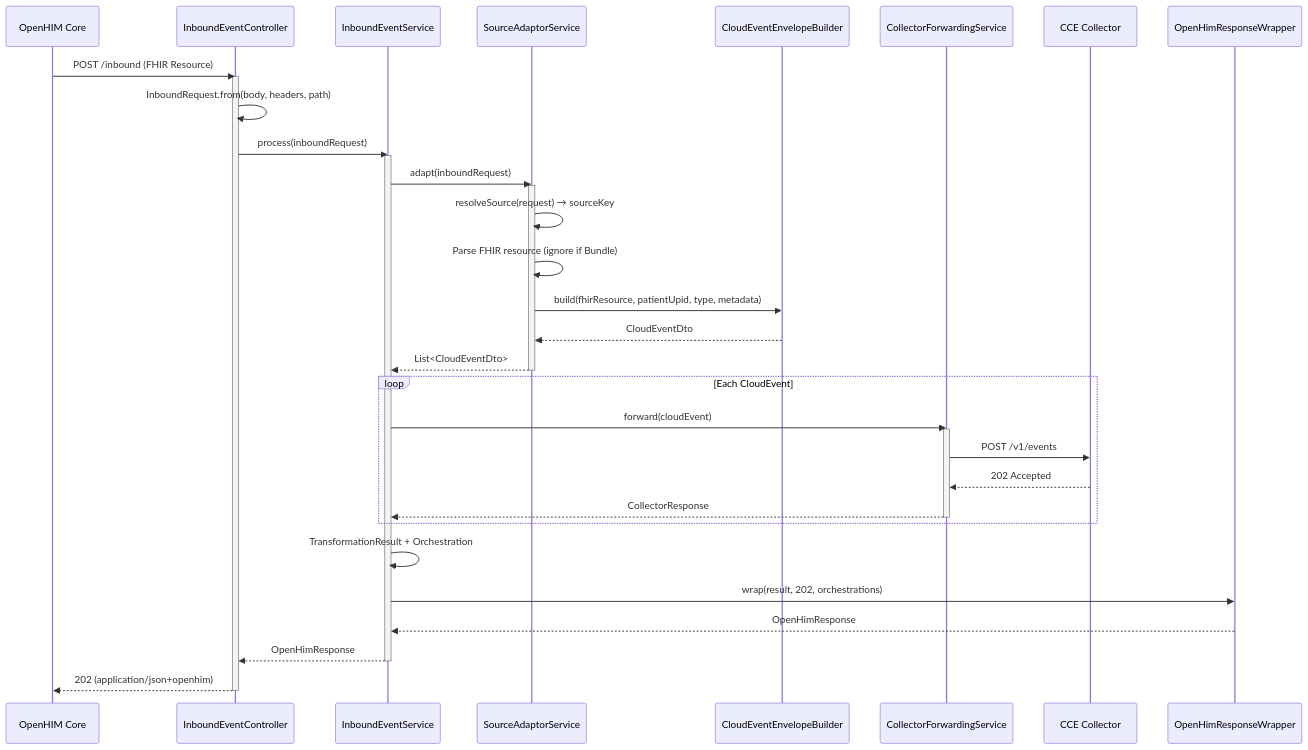
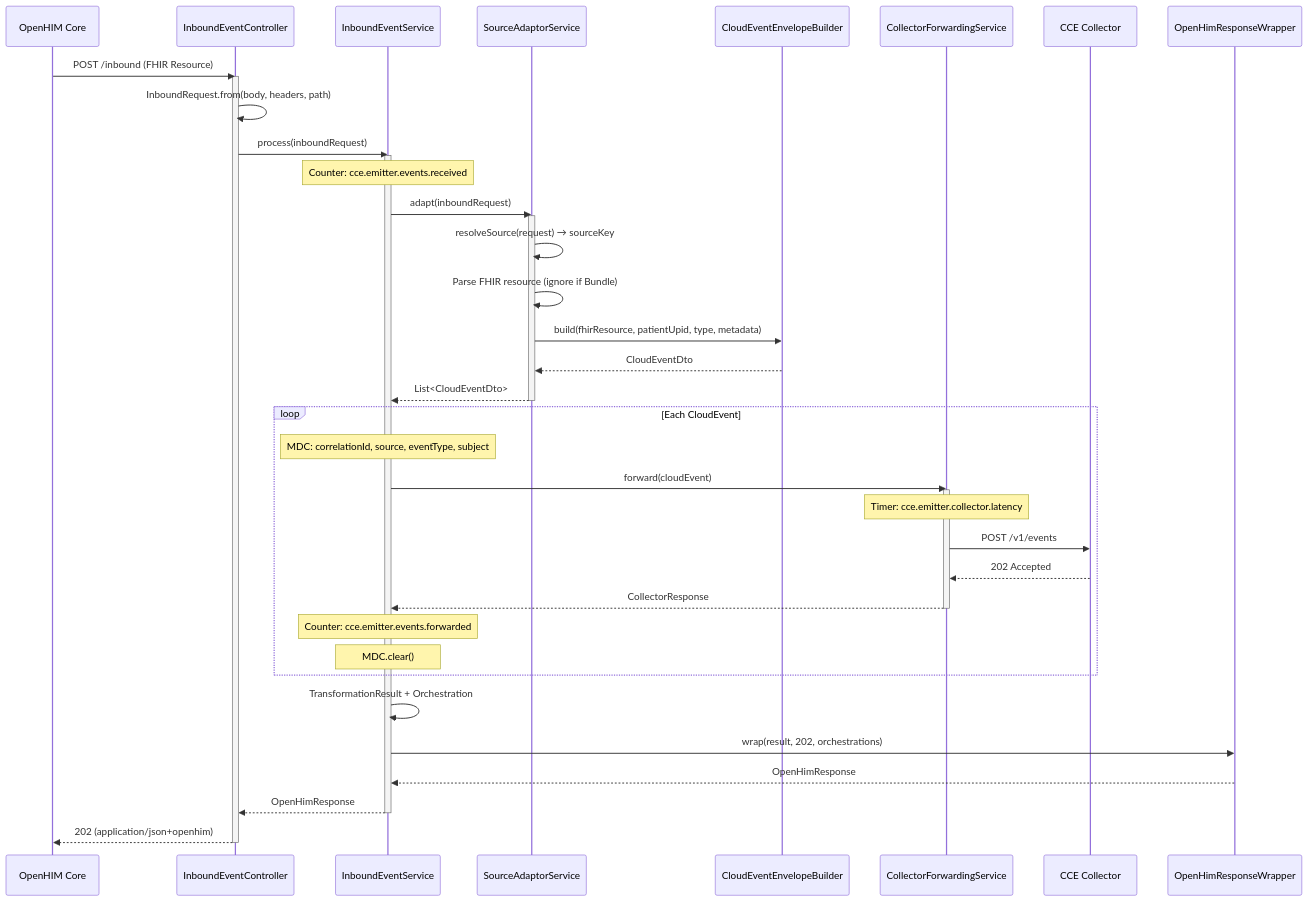
Before and after one commit to Jayaprakash8887/openhim-cce-emitter-adaptor: the second of 8 diagrams in docs/flow-diagrams.md, drawn with Mermaid. The commit also changed other lines of this file and 21 other files, not shown here.

````diff
--- a/docs/flow-diagrams.md
+++ b/docs/flow-diagrams.md
@@ -47,47 +47,53 @@
 ```mermaid
 sequenceDiagram
     participant OHC as OpenHIM Core
     participant Ctrl as InboundEventController
     participant EvtSvc as InboundEventService
     participant Svc as SourceAdaptorService
     participant CE as CloudEventEnvelopeBuilder
     participant Fwd as CollectorForwardingService
     participant Col as CCE Collector
     participant Wrap as OpenHimResponseWrapper
 
     OHC->>Ctrl: POST /inbound (FHIR Resource)
     activate Ctrl
 
     Ctrl->>Ctrl: InboundRequest.from(body, headers, path)
 
     Ctrl->>EvtSvc: process(inboundRequest)
     activate EvtSvc
 
+    Note over EvtSvc: Counter: cce.emitter.events.received
+
     EvtSvc->>Svc: adapt(inboundRequest)
     activate Svc
     Svc->>Svc: resolveSource(request) → sourceKey
     Svc->>Svc: Parse FHIR resource (ignore if Bundle)
     Svc->>CE: build(fhirResource, patientUpid, type, metadata)
     CE-->>Svc: CloudEventDto
     Svc-->>EvtSvc: List<CloudEventDto>
     deactivate Svc
 
     loop Each CloudEvent
+        Note over EvtSvc: MDC: correlationId, source, eventType, subject
         EvtSvc->>Fwd: forward(cloudEvent)
         activate Fwd
+        Note over Fwd: Timer: cce.emitter.collector.latency
         Fwd->>Col: POST /v1/events
         Col-->>Fwd: 202 Accepted
         Fwd-->>EvtSvc: CollectorResponse
         deactivate Fwd
+        Note over EvtSvc: Counter: cce.emitter.events.forwarded
+        Note over EvtSvc: MDC.clear()
     end
 
     EvtSvc->>EvtSvc: TransformationResult + Orchestration
     EvtSvc->>Wrap: wrap(result, 202, orchestrations)
     Wrap-->>EvtSvc: OpenHimResponse
 
     EvtSvc-->>Ctrl: OpenHimResponse
     deactivate EvtSvc
 
     Ctrl-->>OHC: 202 (application/json+openhim)
     deactivate Ctrl
 ```
````
